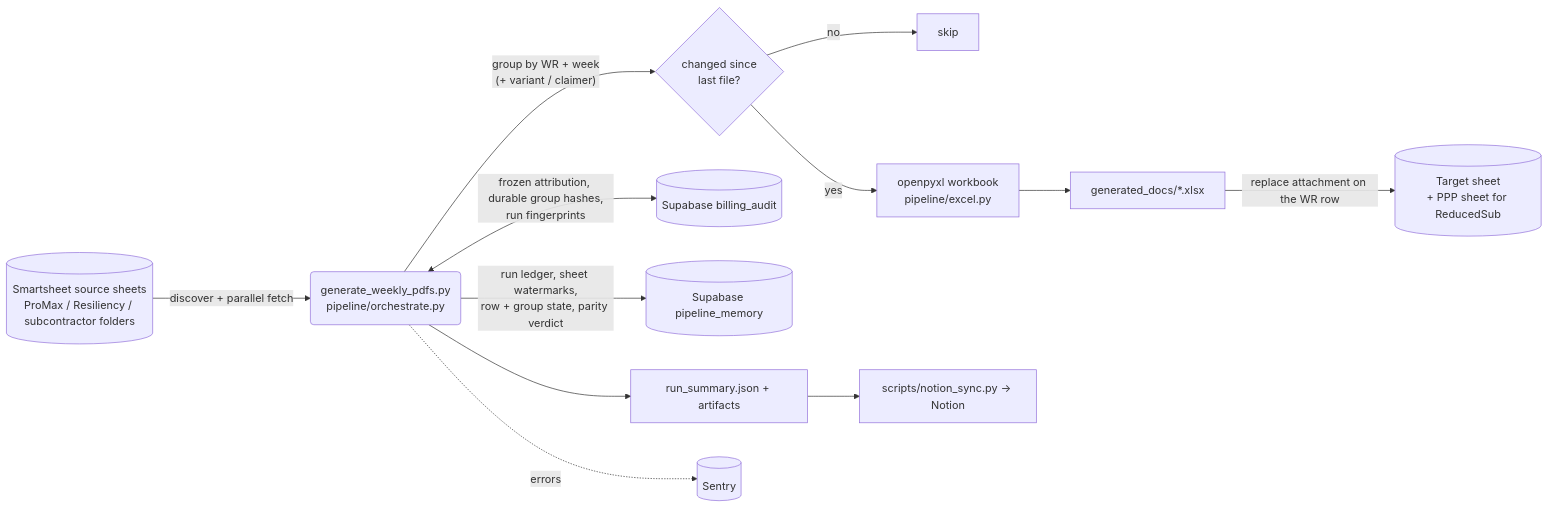
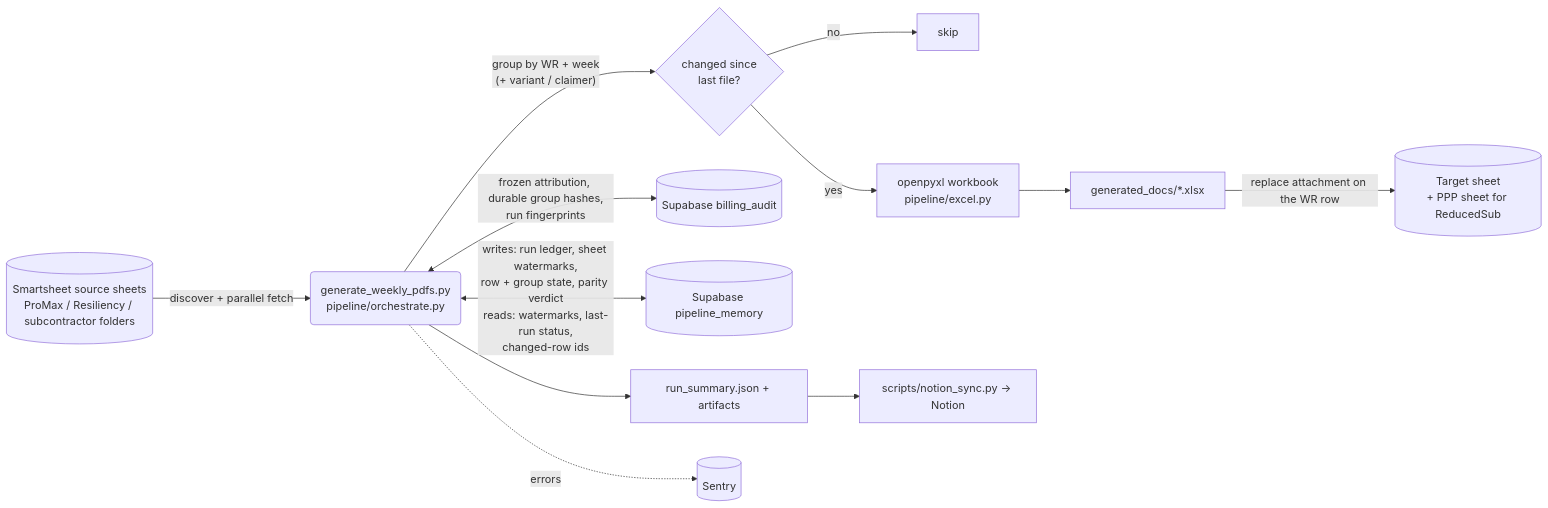
One commit to JFlo21/Generate-Weekly-PDFs-DSR-Resiliency changed the diagram in website/docs/runbook/overview.md. Above: the diagram before and after it, drawn with Mermaid. The commit also changed 1 other file, not shown here.

Commit message:
docs(learn): Copilot round 4 — purge scope, no $0 line, narrowing flags, memory reads

````diff
--- a/website/docs/runbook/overview.md
+++ b/website/docs/runbook/overview.md
@@ -18,14 +18,14 @@
 ```mermaid
 flowchart LR
     A[(Smartsheet source sheets<br/>ProMax / Resiliency / subcontractor folders)] -->|discover + parallel fetch| B(generate_weekly_pdfs.py<br/>pipeline/orchestrate.py)
     B -->|"group by WR + week<br/>(+ variant / claimer)"| C{changed since<br/>last file?}
     C -- no --> S[skip]
     C -- yes --> D[openpyxl workbook<br/>pipeline/excel.py]
     D --> E[generated_docs/*.xlsx]
     E -->|replace attachment on the WR row| T[(Target sheet<br/>+ PPP sheet for ReducedSub)]
     B <-->|frozen attribution, durable group hashes,<br/>run fingerprints| BA[(Supabase billing_audit)]
-    B -->|run ledger, sheet watermarks,<br/>row + group state, parity verdict| PM[(Supabase pipeline_memory)]
+    B <-->|writes: run ledger, sheet watermarks,<br/>row + group state, parity verdict<br/>reads: watermarks, last-run status,<br/>changed-row ids| PM[(Supabase pipeline_memory)]
     B --> R[run_summary.json + artifacts]
     R --> N[scripts/notion_sync.py → Notion]
     B -.errors.-> X[(Sentry)]
 ```
````
